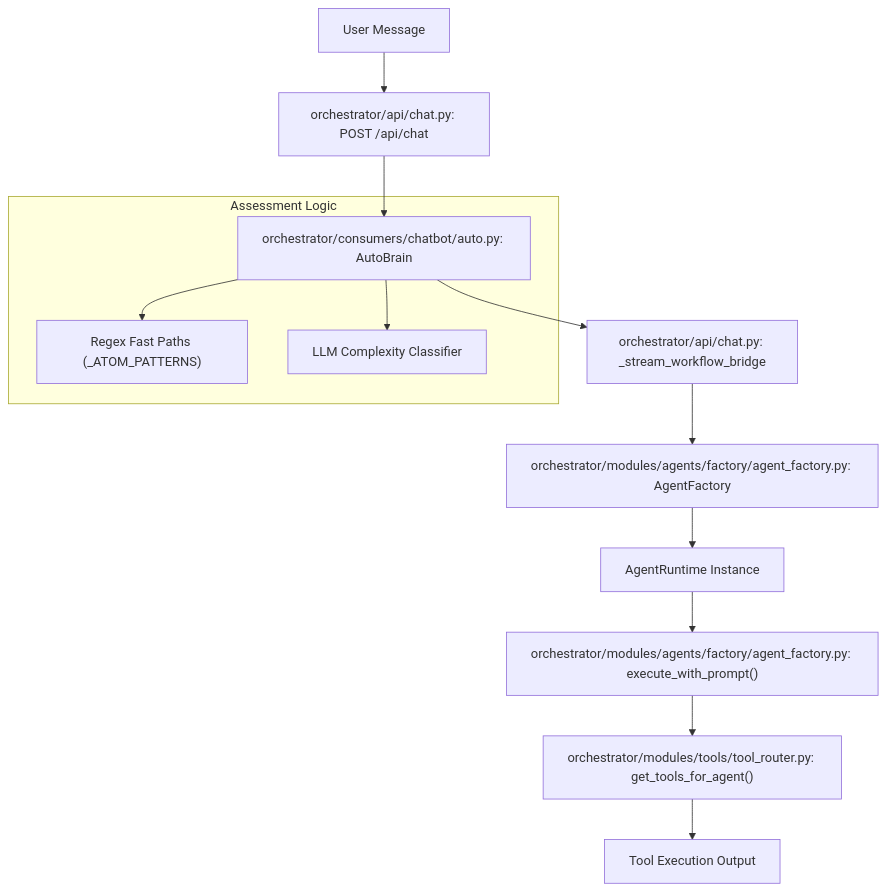
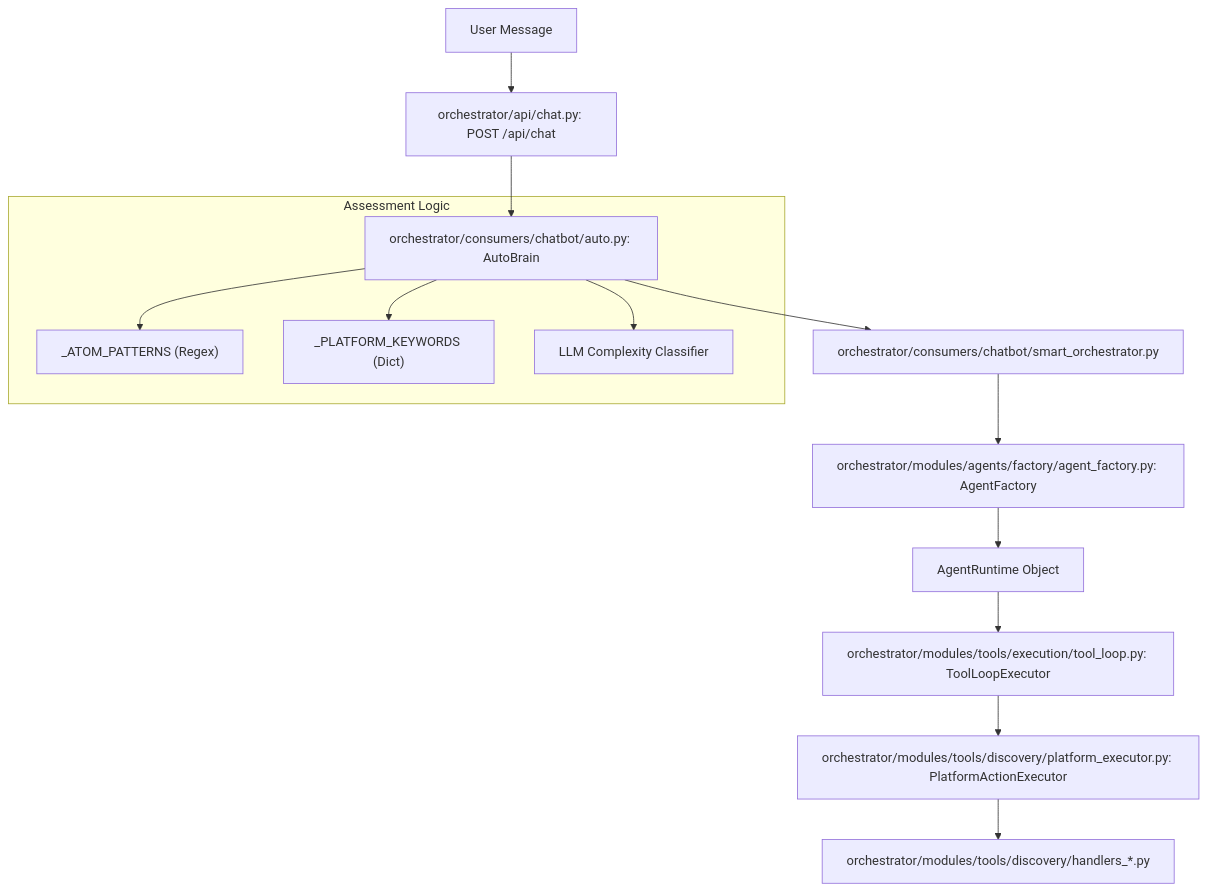
Before and after one commit to AutomatosAI/automatos-ai: the first of 2 diagrams in docs/glossary/_index.md, drawn with Mermaid. The commit also changed other lines of this file and 191 other files, not shown here.

````diff
--- a/docs/glossary/_index.md
+++ b/docs/glossary/_index.md
@@ -127,18 +115,20 @@
 ```mermaid
 graph TD
     User["User Message"] --> Router["orchestrator/api/chat.py: POST /api/chat"]
     Router --> Auto["orchestrator/consumers/chatbot/auto.py: AutoBrain"]
     
     subgraph "Assessment Logic"
-        Auto --> P1["Regex Fast Paths (_ATOM_PATTERNS)"]
-        Auto --> P2["LLM Complexity Classifier"]
+        Auto --> P1["_ATOM_PATTERNS (Regex)"]
+        Auto --> P2["_PLATFORM_KEYWORDS (Dict)"]
+        Auto --> P3["LLM Complexity Classifier"]
     end
     
-    Auto --> Bridge["orchestrator/api/chat.py: _stream_workflow_bridge"]
-    Bridge --> Factory["orchestrator/modules/agents/factory/agent_factory.py: AgentFactory"]
-    Factory --> Runtime["AgentRuntime Instance"]
+    Auto --> Orchestrator["orchestrator/consumers/chatbot/smart_orchestrator.py"]
+    Orchestrator --> Factory["orchestrator/modules/agents/factory/agent_factory.py: AgentFactory"]
+    Factory --> Runtime["AgentRuntime Object"]
     
-    Runtime --> Exec["orchestrator/modules/agents/factory/agent_factory.py: execute_with_prompt()"]
-    Exec --> Tools["orchestrator/modules/tools/tool_router.py: get_tools_for_agent()"]
-    Tools --> ToolResult["Tool Execution Output"]
+    Runtime --> Tools["orchestrator/modules/tools/execution/tool_loop.py: ToolLoopExecutor"]
+    Tools --> Platform["orchestrator/modules/tools/discovery/platform_executor.py: PlatformActionExecutor"]
+    
+    Platform --> Handlers["orchestrator/modules/tools/discovery/handlers_*.py"]
 ```
````
